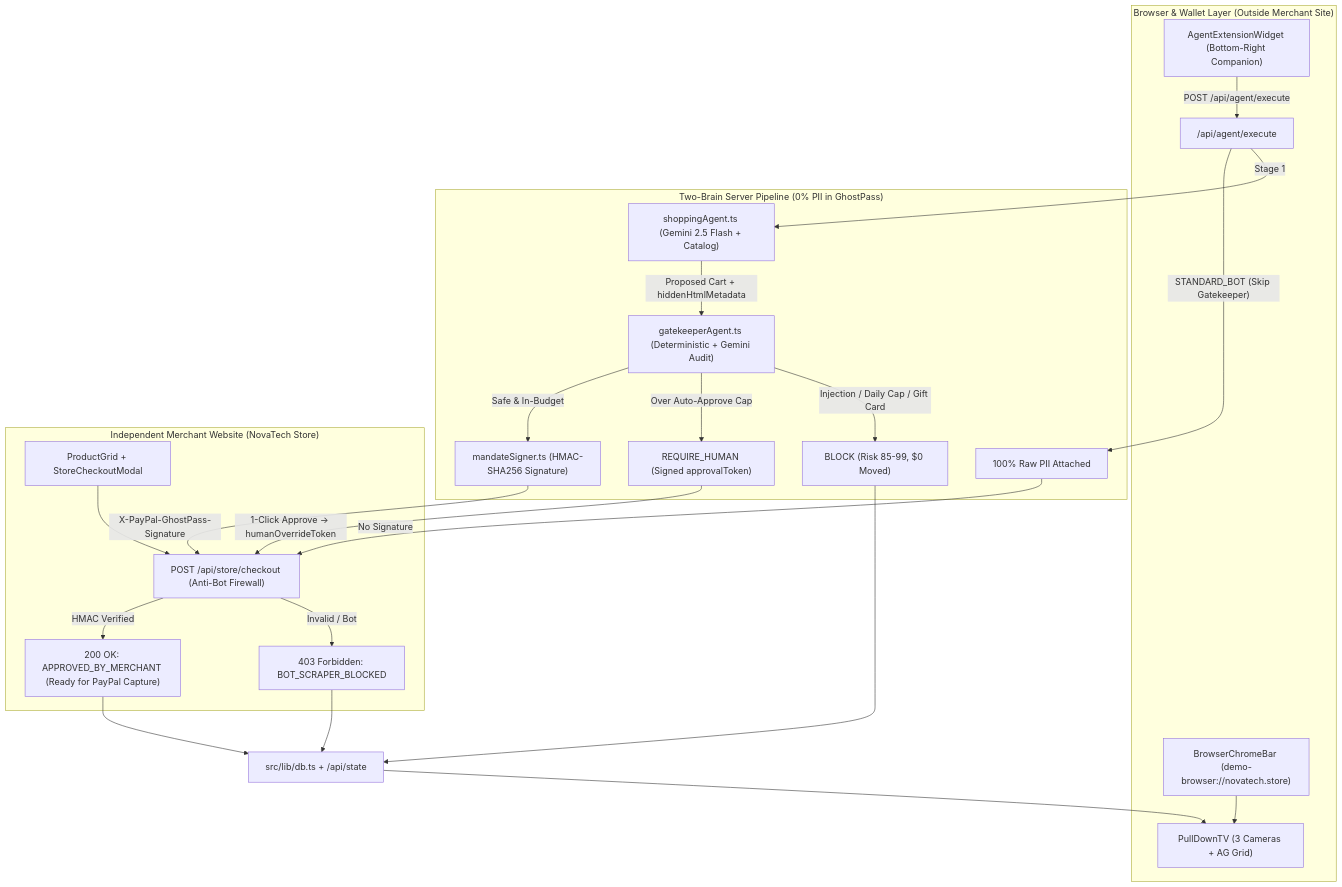
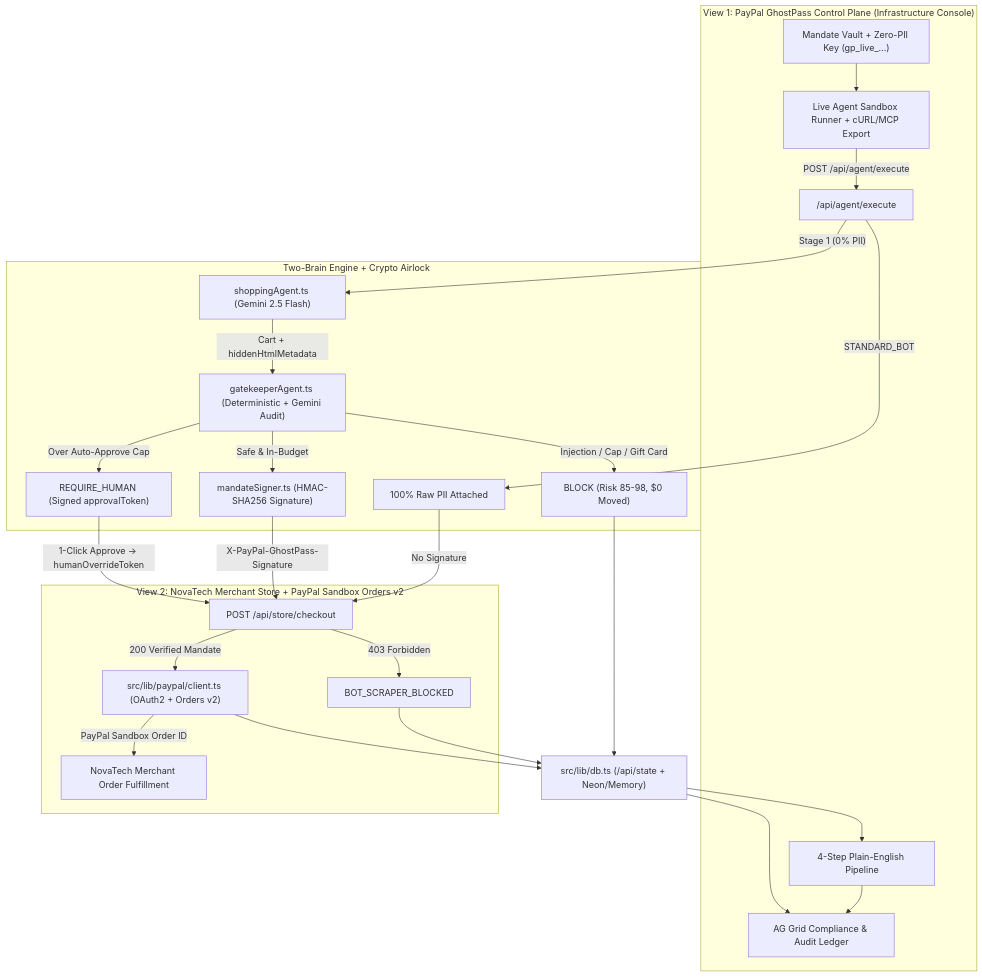
Before and after one commit to bhargava562/paypass-agent: the first of 2 diagrams in docs/02-SYSTEM-ARCHITECTURE-AND-PATTERNS.md, drawn with Mermaid. The commit also changed other lines of this file and 28 other files, not shown here.

Commit message:
feat(split-3): Control Plane + Storefront 2-view MVP, live PayPal Sandbox Orders v2, security hardening, Render blueprint, and 29 passing tests

````diff
--- a/docs/02-SYSTEM-ARCHITECTURE-AND-PATTERNS.md
+++ b/docs/02-SYSTEM-ARCHITECTURE-AND-PATTERNS.md
@@ -29,30 +27,32 @@
 ```mermaid
 flowchart TD
-    subgraph Browser["Browser & Wallet Layer (Outside Merchant Site)"]
-        Chrome["BrowserChromeBar (demo-browser://novatech.store)"] --> TV["PullDownTV (3 Cameras + AG Grid)"]
-        Ext["AgentExtensionWidget (Bottom-Right Companion)"] -->|"POST /api/agent/execute"| Exec["/api/agent/execute"]
+    subgraph ControlPlane["View 1: PayPal GhostPass Control Plane (Infrastructure Console)"]
+        Vault["Mandate Vault + Zero-PII Key (gp_live_...)"] --> Runner["Live Agent Sandbox Runner + cURL/MCP Export"]
+        Runner -->|"POST /api/agent/execute"| Exec["/api/agent/execute"]
+        Pipe["4-Step Plain-English Pipeline"] --> Grid["AG Grid Compliance & Audit Ledger"]
     end
 
-    subgraph TwoBrain["Two-Brain Server Pipeline (0% PII in GhostPass)"]
-        Exec -->|"Stage 1"| Shop["shoppingAgent.ts (Gemini 2.5 Flash + Catalog)"]
-        Shop -->|"Proposed Cart + hiddenHtmlMetadata"| Gate["gatekeeperAgent.ts (Deterministic + Gemini Audit)"]
-        Gate -->|"Injection / Daily Cap / Gift Card"| Block["BLOCK (Risk 85-99, $0 Moved)"]
+    subgraph TwoBrain["Two-Brain Engine + Crypto Airlock"]
+        Exec -->|"Stage 1 (0% PII)"| Shop["shoppingAgent.ts (Gemini 2.5 Flash)"]
+        Shop -->|"Cart + hiddenHtmlMetadata"| Gate["gatekeeperAgent.ts (Deterministic + Gemini Audit)"]
+        Gate -->|"Injection / Cap / Gift Card"| Block["BLOCK (Risk 85-98, $0 Moved)"]
         Gate -->|"Over Auto-Approve Cap"| Human["REQUIRE_HUMAN (Signed approvalToken)"]
         Gate -->|"Safe & In-Budget"| Sign["mandateSigner.ts (HMAC-SHA256 Signature)"]
-        Exec -->|"STANDARD_BOT (Skip Gatekeeper)"| BotPII["100% Raw PII Attached"]
+        Exec -->|"STANDARD_BOT"| BotPII["100% Raw PII Attached"]
     end
 
-    subgraph Store["Independent Merchant Website (NovaTech Store)"]
-        Grid["ProductGrid + StoreCheckoutModal"] --> Firewall["POST /api/store/checkout (Anti-Bot Firewall)"]
-        BotPII -->|"No Signature"| Firewall
+    subgraph MerchantAndPayPal["View 2: NovaTech Merchant Store + PayPal Sandbox Orders v2"]
+        BotPII -->|"No Signature"| Firewall["POST /api/store/checkout"]
         Sign -->|"X-PayPal-GhostPass-Signature"| Firewall
         Human -->|"1-Click Approve -> humanOverrideToken"| Firewall
-        Firewall -->|"Invalid / Bot"| Err403["403 Forbidden: BOT_SCRAPER_BLOCKED"]
-        Firewall -->|"HMAC Verified"| Ok200["200 OK: APPROVED_BY_MERCHANT (Ready for PayPal Capture)"]
+        Firewall -->|"403 Forbidden"| Err403["BOT_SCRAPER_BLOCKED"]
+        Firewall -->|"200 Verified Mandate"| PayPal["src/lib/paypal/client.ts (OAuth2 + Orders v2)"]
+        PayPal -->|"PayPal Sandbox Order ID"| Orders["NovaTech Merchant Order Fulfillment"]
     end
 
-    Block --> DB["src/lib/db.ts + /api/state"]
+    Block --> DB["src/lib/db.ts (/api/state + Neon/Memory)"]
     Err403 --> DB
-    Ok200 --> DB
-    DB --> TV
+    PayPal --> DB
+    DB --> Pipe
+    DB --> Grid
 ```
````
